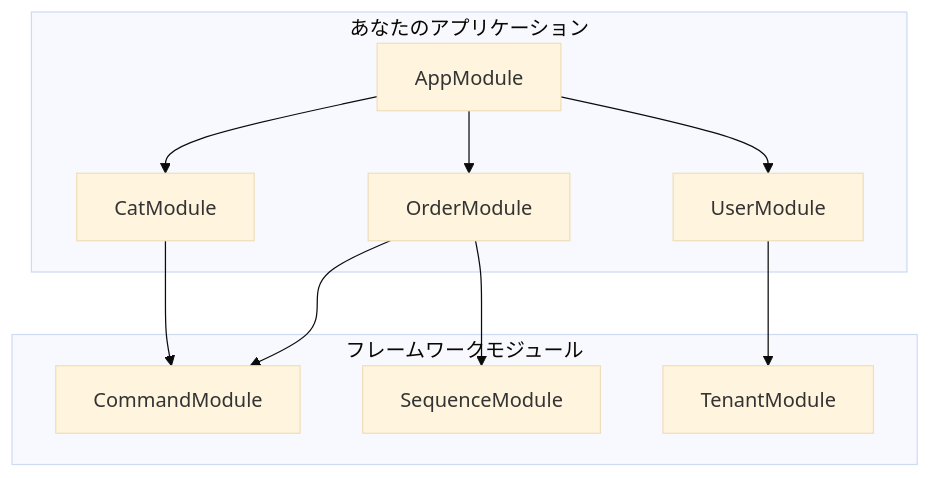
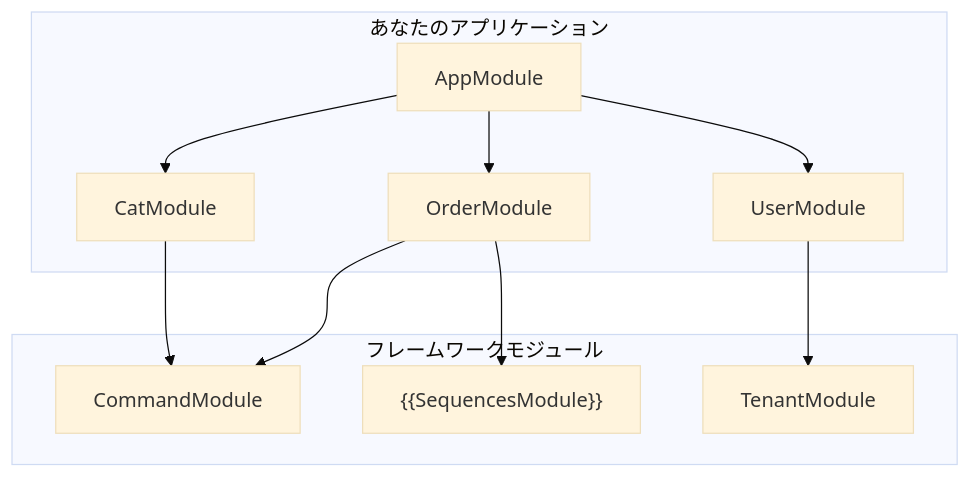
One commit to mbc-net/mbc-cqrs-serverless-doc changed the diagram in i18n/ja/docusaurus-plugin-content-docs/current/modules.md. Above: the diagram before and after it, drawn with Mermaid (base theme). The commit also changed other lines of this file and 118 other files, not shown here.

````diff
--- a/i18n/ja/docusaurus-plugin-content-docs/current/modules.md
+++ b/i18n/ja/docusaurus-plugin-content-docs/current/modules.md
@@ -11,20 +11,20 @@
 ```mermaid
 graph TB
     subgraph "あなたのアプリケーション"
         A["AppModule"]
         A --> B["CatModule"]
         A --> C["OrderModule"]
         A --> D["UserModule"]
     end
 
     subgraph "フレームワークモジュール"
         E["CommandModule"]
-        F["SequenceModule"]
+        F["{{SequencesModule}}"]
         G["TenantModule"]
     end
 
     B --> E
     C --> E
     C --> F
     D --> G
 ```
````
